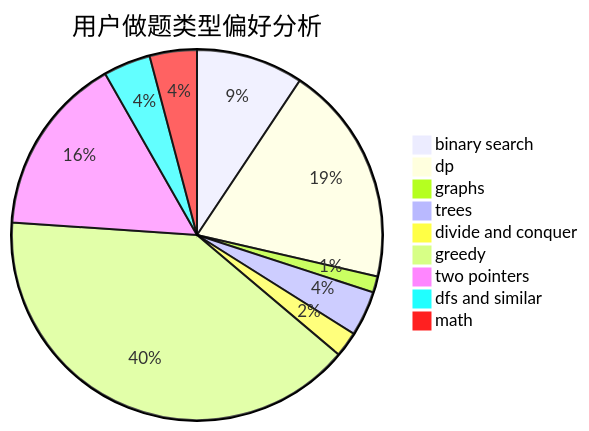
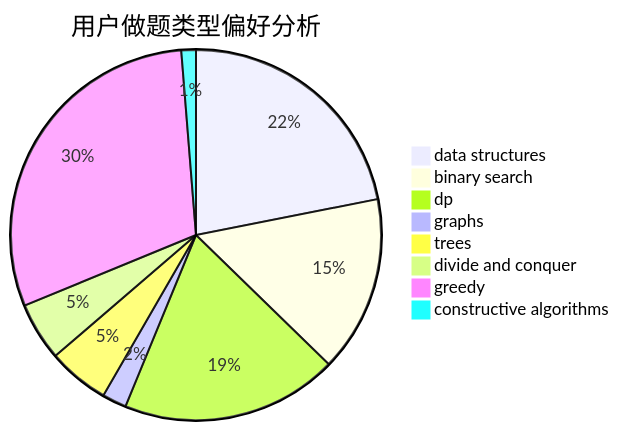
Before and after one commit to sherpahu/cfrs.github.io: the second of 3 diagrams in docs/user/u2134.md, drawn with Mermaid. The commit also changed other lines of this file and 2775 other files, not shown here.

````diff
--- a/docs/user/u2134.md
+++ b/docs/user/u2134.md
@@ -23,12 +23,11 @@
 ```mermaid
 pie title 用户做题类型偏好分析
-    "binary search" :  152
-    "dp" :  313
-    "graphs" :  23
-    "trees" :  64
+    "data structures" :  155
+    "binary search" :  109
+    "dp" :  134
+    "graphs" :  15
+    "trees" :  38
     "divide and conquer" :  36
-    "greedy" :  649
-    "two pointers" :  255
-    "dfs and similar" :  67
-    "math" :  67
+    "greedy" :  212
+    "constructive algorithms" :  9
 ```
````
